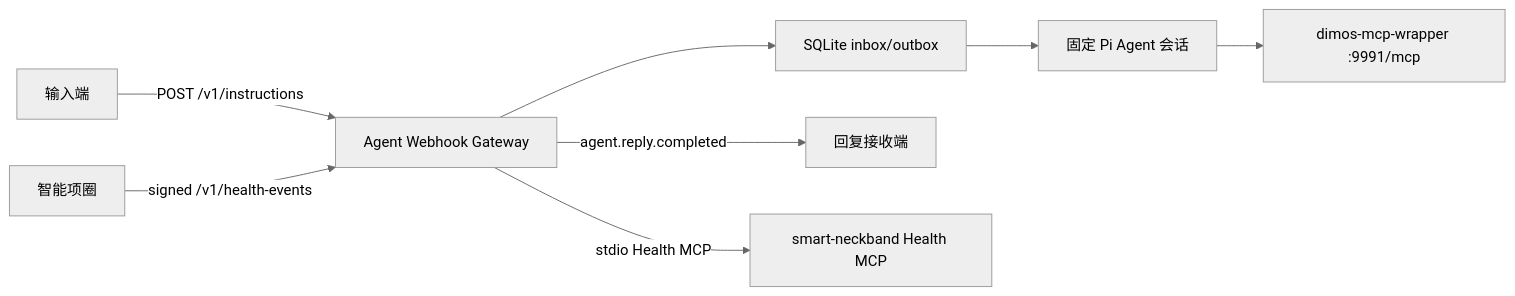
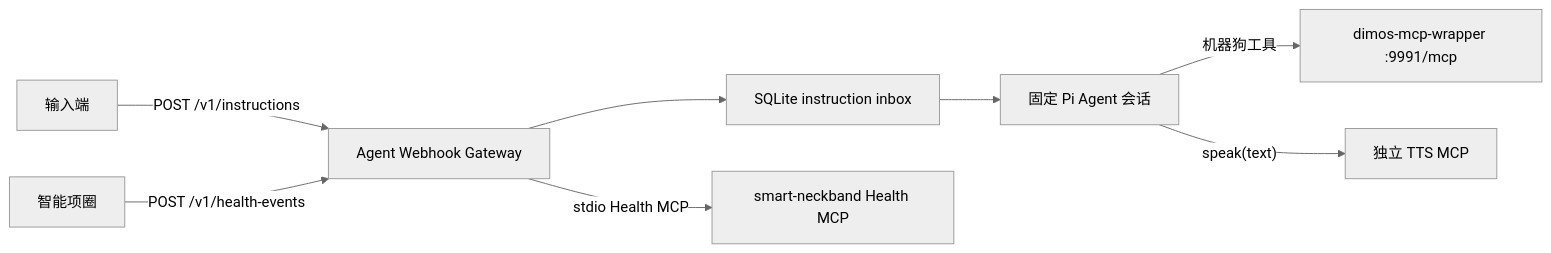
The diagram in components/agent-framework/agent-webhook-gateway/README.md (J9HSON/agent), drawn with Mermaid (neutral theme) before and after one commit. The commit also changed other lines of this file and 33 other files, not shown here.

First line of the commit message:
feat: remove reply webhook, add explicit TTS MCP tool

````diff
--- a/components/agent-framework/agent-webhook-gateway/README.md
+++ b/components/agent-framework/agent-webhook-gateway/README.md
@@ -5,10 +7,10 @@
 ```mermaid
 flowchart LR
     I["输入端"] -->|"POST /v1/instructions"| G["Agent Webhook Gateway"]
-    G --> Q["SQLite inbox/outbox"]
+    G --> Q["SQLite instruction inbox"]
     Q --> A["固定 Pi Agent 会话"]
-    A --> W["dimos-mcp-wrapper :9991/mcp"]
-    G -->|"agent.reply.completed"| R["回复接收端"]
-    H["智能项圈"] -->|"signed /v1/health-events"| G
+    A -->|"机器狗工具"| W["dimos-mcp-wrapper :9991/mcp"]
+    A -->|"speak(text)"| T["独立 TTS MCP"]
+    H["智能项圈"] -->|"POST /v1/health-events"| G
     G -->|"stdio Health MCP"| M["smart-neckband Health MCP"]
 ```
````
